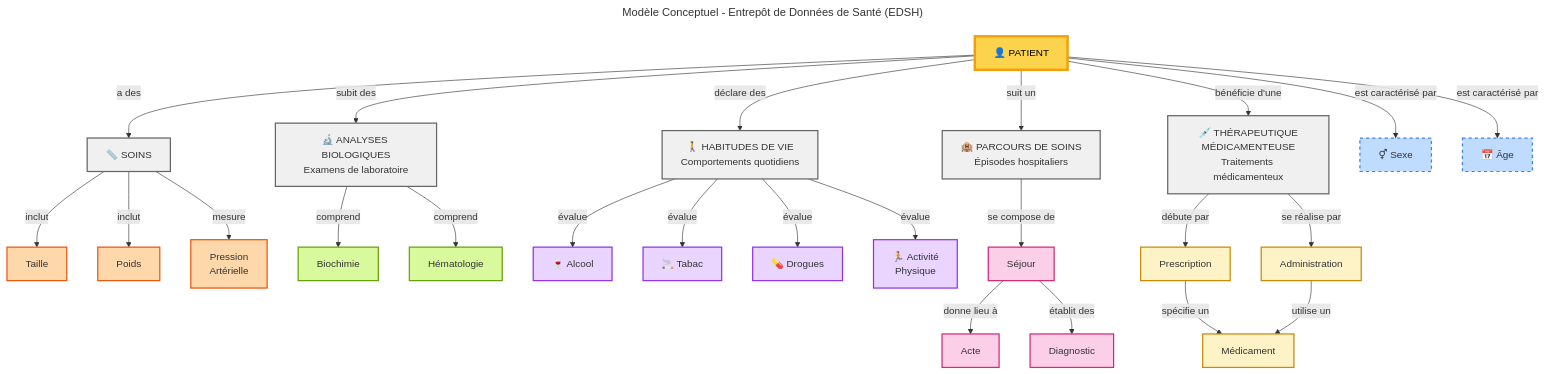
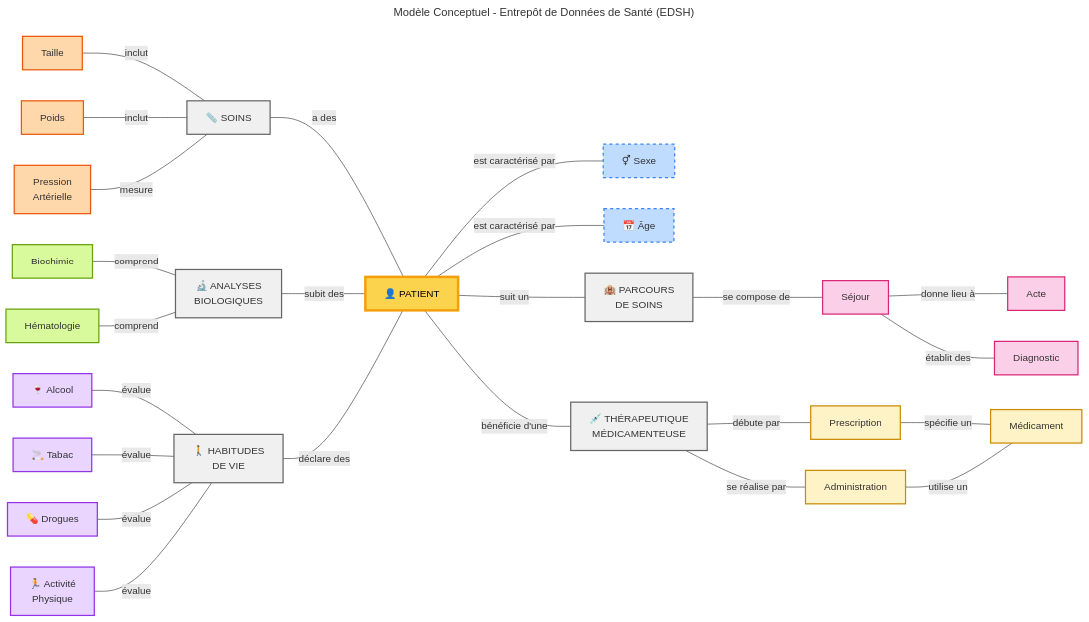
One commit to aphp/IG-FHIR-EDSH-SOCLE-COMMUN changed the diagram in input/includes/conceptual-model.mermaid. Above: the diagram before and after it, drawn with Mermaid.

Commit message:
docs: put PATIENT at the centre of the conceptual model diagram
The conceptual model was a top-down graph whose 7 branches all hung off
PATIENT on one row: 2495 px wide, so it was shrunk to ~42% in the content
column and its labels became unreadable.

Lay it out left-to-right with PATIENT in the middle: Soins, Analyses
biologiques and Habitudes de vie on the left, identity, Parcours de soins
and Thérapeutique médicamenteuse on the right. Links are plain lines
(---), with no arrowheads. Relation labels, domain colours, the title and
the two links to Médicament are kept. The diagram is now 1819 px wide
(~57% in the column).

````diff
--- a/input/includes/conceptual-model.mermaid
+++ b/input/includes/conceptual-model.mermaid
@@ -2,89 +2,69 @@
 ---
 title: Modèle Conceptuel - Entrepôt de Données de Santé (EDSH)
 ---
-graph TD
+flowchart LR
+    %% PATIENT au centre : les groupes de gauche sont déclarés « groupe --- Patient »,
+    %% ceux de droite « Patient --- groupe ». Liens sans flèche (---).
+
     %% Styles par domaine
     classDef core fill:#fcd34d,stroke:#f59e0b,stroke-width:4px,color:#000
     classDef attribut fill:#bfdbfe,stroke:#3b82f6,stroke-width:2px,stroke-dasharray: 5 5
     classDef physical fill:#fed7aa,stroke:#ea580c,stroke-width:2px
-    classDef clinical fill:#fecaca,stroke:#dc2626,stroke-width:2px
     classDef biology fill:#d9f99d,stroke:#65a30d,stroke-width:2px
     classDef lifestyle fill:#e9d5ff,stroke:#9333ea,stroke-width:2px
     classDef care fill:#fbcfe8,stroke:#db2777,stroke-width:2px
     classDef drug fill:#fef3c7,stroke:#ca8a04,stroke-width:2px
     classDef group fill:#f0f0f0,stroke:#666,stroke-width:2px
-    
-    %% Concept central
+
+    %% Concepts
     Patient["👤 PATIENT"]:::core
-    
-    %% Groupes conceptuels
-    Soins["📏 SOINS"]:::group
-    Bio["🔬 ANALYSES BIOLOGIQUES<br/>Examens de laboratoire"]:::group
-    Lifestyle["🚶 HABITUDES DE VIE<br/>Comportements quotidiens"]:::group
-    Parcours["🏨 PARCOURS DE SOINS<br/>Épisodes hospitaliers"]:::group
-    Medic["💉 THÉRAPEUTIQUE<br/>MÉDICAMENTEUSE<br/>Traitements médicamenteux"]:::group
-    
-    %% Concepts identité
     Sexe["⚥ Sexe"]:::attribut
     Age["📅 Âge"]:::attribut
-    
-    %% Concepts soins
+    Soins["📏 SOINS"]:::group
+    Bio["🔬 ANALYSES<br/>BIOLOGIQUES"]:::group
+    Lifestyle["🚶 HABITUDES<br/>DE VIE"]:::group
+    Parcours["🏨 PARCOURS<br/>DE SOINS"]:::group
+    Medic["💉 THÉRAPEUTIQUE<br/>MÉDICAMENTEUSE"]:::group
     Taille["Taille"]:::physical
     Poids["Poids"]:::physical
     PA["Pression<br/>Artérielle"]:::physical
-    
-    %% Concepts biologie
     Biochimie["Biochimie"]:::biology
     Hemato["Hématologie"]:::biology
-    
-    %% Concepts mode de vie
     Alcool["🍷 Alcool"]:::lifestyle
     Tabac["🚬 Tabac"]:::lifestyle
     Drogue["💊 Drogues"]:::lifestyle
     Sport["🏃 Activité<br/>Physique"]:::lifestyle
-    
-    %% Concepts parcours
     Sejour["Séjour"]:::care
     Acte["Acte"]:::care
     Diag["Diagnostic"]:::care
-    
-    %% Concepts médicaments
     Prescription["Prescription"]:::drug
     Admin["Administration"]:::drug
     Med["Médicament"]:::drug
-    
-    %% Relations Patient -> Groupes
-    Patient -->|"est caractérisé par"| Sexe
-    Patient -->|"est caractérisé par"| Age
-    Patient -->|"a des"| Soins
-    Patient -->|"subit des"| Bio
-    Patient -->|"déclare des"| Lifestyle
-    Patient -->|"suit un"| Parcours
-    Patient -->|"bénéficie d'une"| Medic
-    
-    %% Relations Soins
-    Soins -->|"inclut"| Taille
-    Soins -->|"inclut"| Poids
-    Soins -->|"mesure"| PA
-    
-    %% Relations Biologie
-    Bio -->|"comprend"| Biochimie
-    Bio -->|"comprend"| Hemato
-    
-    %% Relations Mode de vie
-    Lifestyle -->|"évalue"| Alcool
-    Lifestyle -->|"évalue"| Tabac
-    Lifestyle -->|"évalue"| Drogue
-    Lifestyle -->|"évalue"| Sport
-    
-    %% Relations Parcours
-    Parcours -->|"se compose de"| Sejour
-    Sejour -->|"donne lieu à"| Acte
-    Sejour -->|"établit des"| Diag
-    
-    %% Relations Médicaments
-    Medic -->|"débute par"| Prescription
-    Medic -->|"se réalise par"| Admin
-    Prescription -->|"spécifie un"| Med
-    Admin -->|"utilise un"| Med
+
+    %% Côté gauche
+    Taille ---|"inclut"| Soins
+    Poids ---|"inclut"| Soins
+    PA ---|"mesure"| Soins
+    Biochimie ---|"comprend"| Bio
+    Hemato ---|"comprend"| Bio
+    Alcool ---|"évalue"| Lifestyle
+    Tabac ---|"évalue"| Lifestyle
+    Drogue ---|"évalue"| Lifestyle
+    Sport ---|"évalue"| Lifestyle
+    Soins ---|"a des"| Patient
+    Bio ---|"subit des"| Patient
+    Lifestyle ---|"déclare des"| Patient
+
+    %% Côté droit
+    Patient ---|"est caractérisé par"| Sexe
+    Patient ---|"est caractérisé par"| Age
+    Patient ---|"suit un"| Parcours
+    Patient ---|"bénéficie d'une"| Medic
+    Parcours ---|"se compose de"| Sejour
+    Sejour ---|"donne lieu à"| Acte
+    Sejour ---|"établit des"| Diag
+    Medic ---|"débute par"| Prescription
+    Medic ---|"se réalise par"| Admin
+    Prescription ---|"spécifie un"| Med
+    Admin ---|"utilise un"| Med
 ```
````
